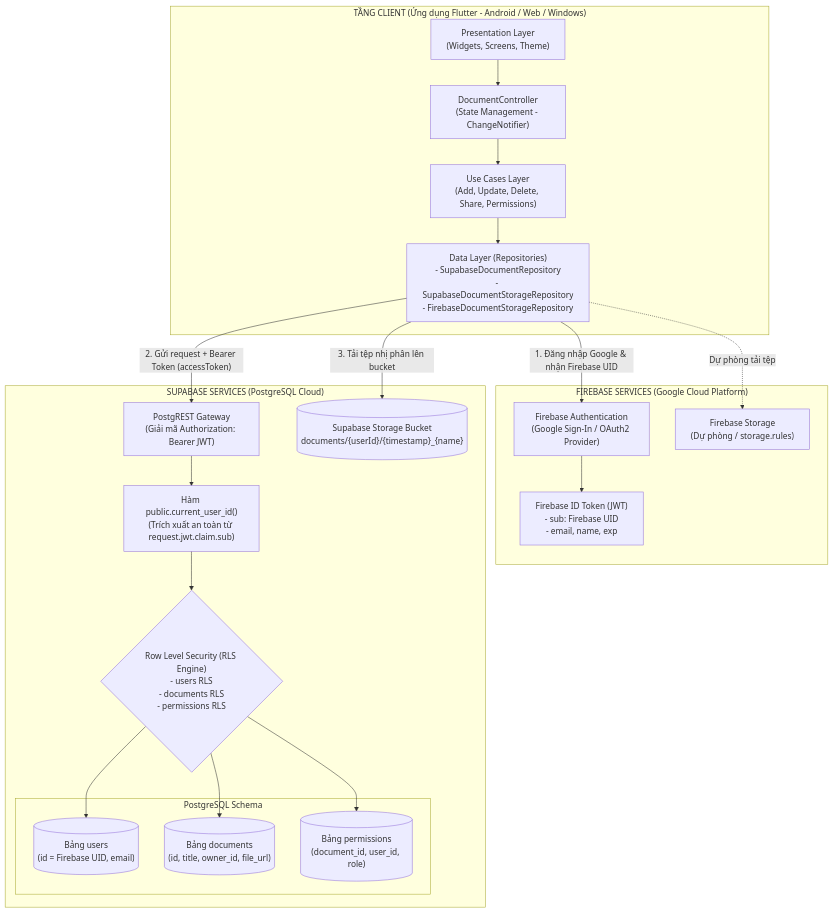
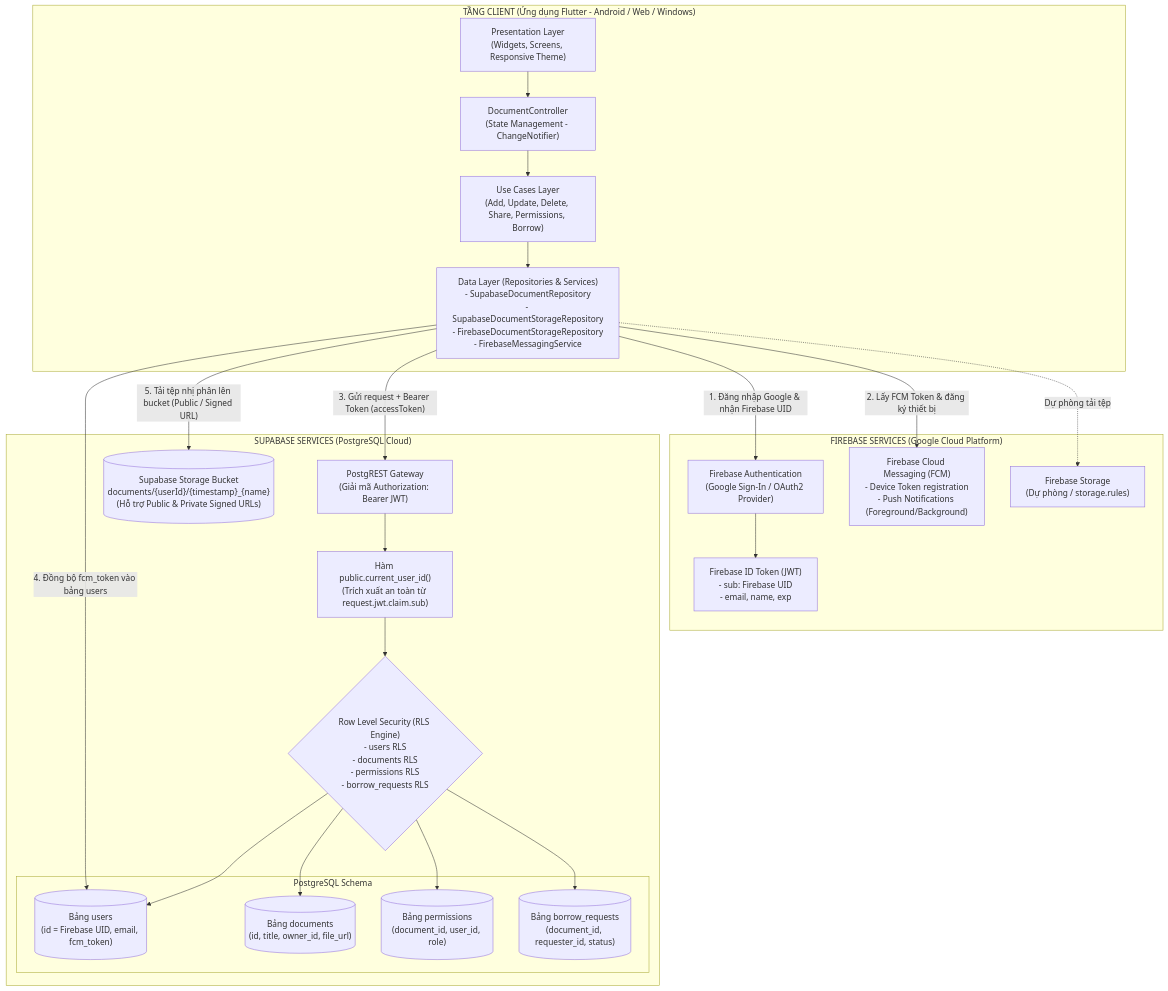
Before and after one commit to thudao612/N14-CSE441-study-document-manager: the first of 3 diagrams in REPORT_CL1.md, drawn with Mermaid. The commit also changed other lines of this file and 16 other files, not shown here.

Commit message:
feat: add Supabase document and storage repositories, user entity, and Firebase messaging integration

````diff
--- a/REPORT_CL1.md
+++ b/REPORT_CL1.md
@@ -31,44 +33,49 @@
 ```mermaid
 graph TB
     subgraph CLIENT_TIER["TẦNG CLIENT (Ứng dụng Flutter - Android / Web / Windows)"]
-        UI["Presentation Layer<br/>(Widgets, Screens, Theme)"]
+        UI["Presentation Layer<br/>(Widgets, Screens, Responsive Theme)"]
         CTRL["DocumentController<br/>(State Management - ChangeNotifier)"]
-        UC["Use Cases Layer<br/>(Add, Update, Delete, Share, Permissions)"]
-        REPO["Data Layer (Repositories)<br/>- SupabaseDocumentRepository<br/>- SupabaseDocumentStorageRepository<br/>- FirebaseDocumentStorageRepository"]
+        UC["Use Cases Layer<br/>(Add, Update, Delete, Share, Permissions, Borrow)"]
+        REPO["Data Layer (Repositories & Services)<br/>- SupabaseDocumentRepository<br/>- SupabaseDocumentStorageRepository<br/>- FirebaseDocumentStorageRepository<br/>- FirebaseMessagingService"]
         UI --> CTRL
         CTRL --> UC
         UC --> REPO
     end
 
     subgraph FIREBASE_TIER["FIREBASE SERVICES (Google Cloud Platform)"]
         FAUTH["Firebase Authentication<br/>(Google Sign-In / OAuth2 Provider)"]
         FJWT["Firebase ID Token (JWT)<br/>- sub: Firebase UID<br/>- email, name, exp"]
+        FMESSAGING["Firebase Cloud Messaging (FCM)<br/>- Device Token registration<br/>- Push Notifications (Foreground/Background)"]
         FSTORAGE["Firebase Storage<br/>(Dự phòng / storage.rules)"]
         FAUTH --> FJWT
     end
 
     subgraph SUPABASE_TIER["SUPABASE SERVICES (PostgreSQL Cloud)"]
         GW["PostgREST Gateway<br/>(Giải mã Authorization: Bearer JWT)"]
         SEC["Hàm public.current_user_id()<br/>(Trích xuất an toàn từ request.jwt.claim.sub)"]
-        RLS{"Row Level Security (RLS Engine)<br/>- users RLS<br/>- documents RLS<br/>- permissions RLS"}
+        RLS{"Row Level Security (RLS Engine)<br/>- users RLS<br/>- documents RLS<br/>- permissions RLS<br/>- borrow_requests RLS"}
         
         subgraph DB_TABLES["PostgreSQL Schema"]
-            T_USERS[("Bảng users<br/>(id = Firebase UID, email)")]
+            T_USERS[("Bảng users<br/>(id = Firebase UID, email, fcm_token)")]
             T_DOCS[("Bảng documents<br/>(id, title, owner_id, file_url)")]
             T_PERMS[("Bảng permissions<br/>(document_id, user_id, role)")]
+            T_BORROW[("Bảng borrow_requests<br/>(document_id, requester_id, status)")]
         end
 
-        S_STORAGE[("Supabase Storage Bucket<br/>documents/{userId}/{timestamp}_{name}")]
+        S_STORAGE[("Supabase Storage Bucket<br/>documents/{userId}/{timestamp}_{name}<br/>(Hỗ trợ Public & Private Signed URLs)")]
     end
 
     %% Tương tác luồng xác thực và dữ liệu
     REPO -->|"1. Đăng nhập Google & nhận Firebase UID"| FAUTH
-    REPO -->|"2. Gửi request + Bearer Token (accessToken)"| GW
+    REPO -->|"2. Lấy FCM Token & đăng ký thiết bị"| FMESSAGING
+    REPO -->|"3. Gửi request + Bearer Token (accessToken)"| GW
     GW --> SEC
     SEC --> RLS
     RLS --> T_USERS
     RLS --> T_DOCS
     RLS --> T_PERMS
-    REPO -->|"3. Tải tệp nhị phân lên bucket"| S_STORAGE
+    RLS --> T_BORROW
+    REPO -->|"4. Đồng bộ fcm_token vào bảng users"| T_USERS
+    REPO -->|"5. Tải tệp nhị phân lên bucket (Public / Signed URL)"| S_STORAGE
     REPO -.->|"Dự phòng tải tệp"| FSTORAGE
 ```
````
